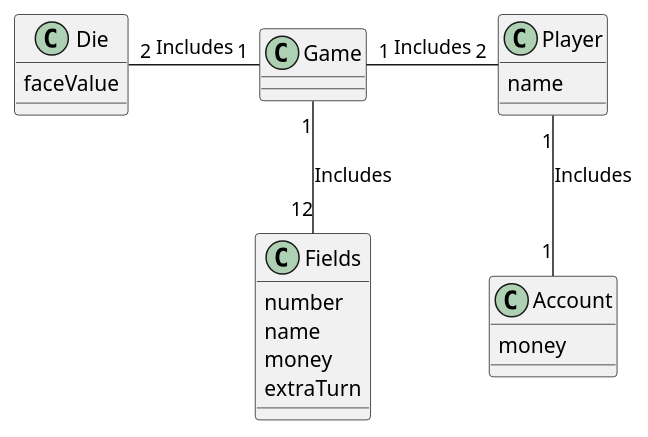
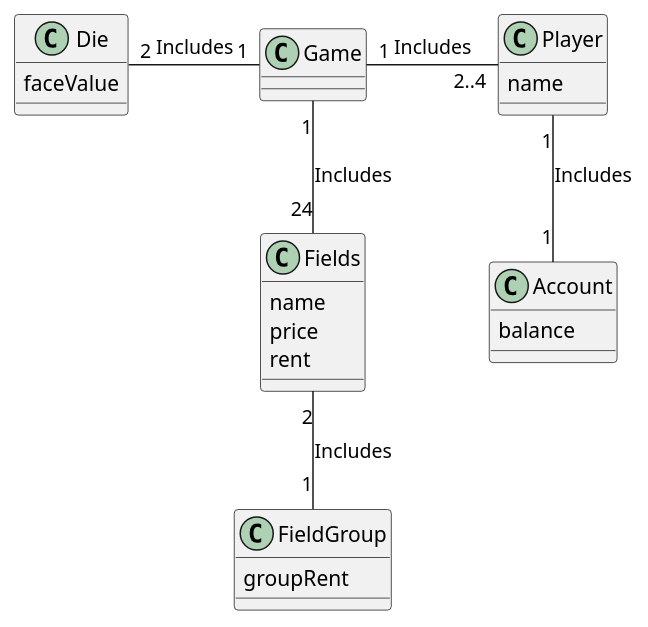
Before and after one commit to DTUSoftware/25_del3: the diagram in src/main/resources/DomainModel.puml, drawn with PlantUML. The commit also changed 2 other files, not shown here.

Commit message:
Update diagrams

```diff
--- a/src/main/resources/DomainModel.puml
+++ b/src/main/resources/DomainModel.puml
@@ -1,30 +1,34 @@
 @startuml
 'https://plantuml.com/class-diagram
 
 class Game {
 }
 
 class Die {
     faceValue
 }
 
 class Player {
     name
-
-}
-class Fields{
-    number
-    name
-    money
-    extraTurn
 }
 
-class Account{
- money
+class Fields {
+    name
+    price
+    rent
 }
 
-Game "1" -r "2" Player : Includes
+class FieldGroup {
+    groupRent
+}
+
+class Account {
+    balance
+}
+
+Game "1" -r "2..4" Player : Includes
 Game "1" -l "2" Die : Includes
-Game "1" -- "12" Fields : Includes
+Game "1" -- "24" Fields : Includes
+Fields "2" -- "1" FieldGroup : Includes
 Player  "1" -d- "1" Account: Includes
 @enduml
```
